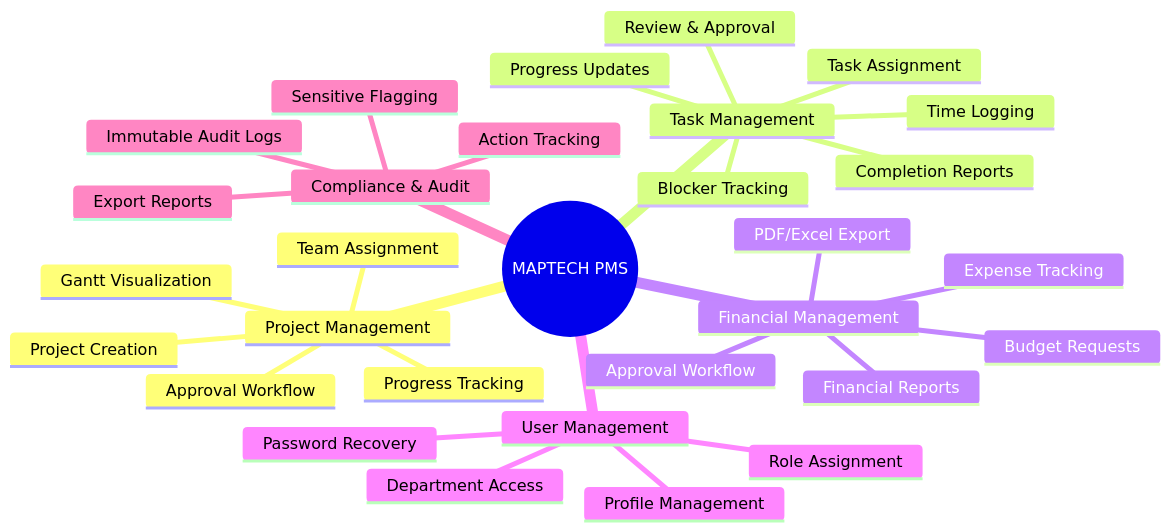
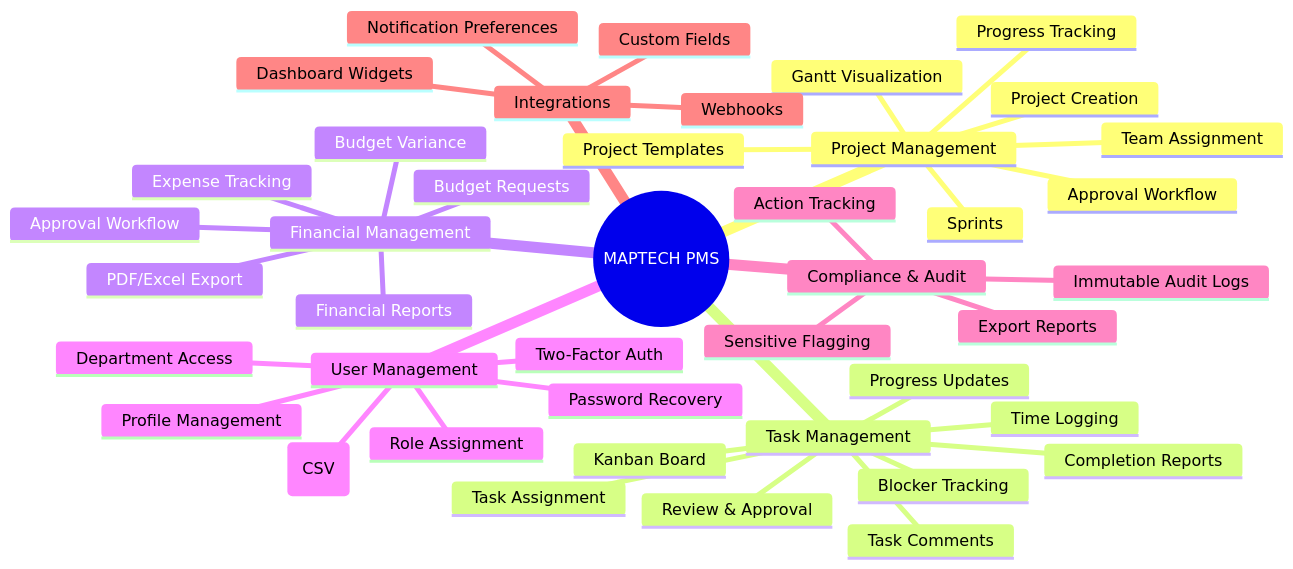
One commit to Ranyeelll/project-app changed the first of 13 diagrams in docs/SYSTEM_DOCUMENTATION.md. Above: the diagram before and after it, drawn with Mermaid. The commit also changed other lines of this file and 20 other files, not shown here.

````diff
--- a/docs/SYSTEM_DOCUMENTATION.md
+++ b/docs/SYSTEM_DOCUMENTATION.md
@@ -95,33 +98,45 @@
 ```mermaid
 mindmap
   root((MAPTECH PMS))
     Project Management
       Project Creation
       Team Assignment
       Progress Tracking
       Approval Workflow
       Gantt Visualization
+      Project Templates
+      Sprints
     Task Management
       Task Assignment
       Progress Updates
       Time Logging
       Completion Reports
       Review & Approval
       Blocker Tracking
+      Task Comments
+      Kanban Board
     Financial Management
       Budget Requests
       Approval Workflow
       Expense Tracking
       Financial Reports
       PDF/Excel Export
+      Budget Variance
     User Management
       Role Assignment
       Department Access
       Profile Management
       Password Recovery
+      Two-Factor Auth
+      User Import (CSV)
     Compliance & Audit
       Immutable Audit Logs
       Action Tracking
       Export Reports
       Sensitive Flagging
+    Integrations
+      Webhooks
+      Custom Fields
+      Dashboard Widgets
+      Notification Preferences
 ```
````
